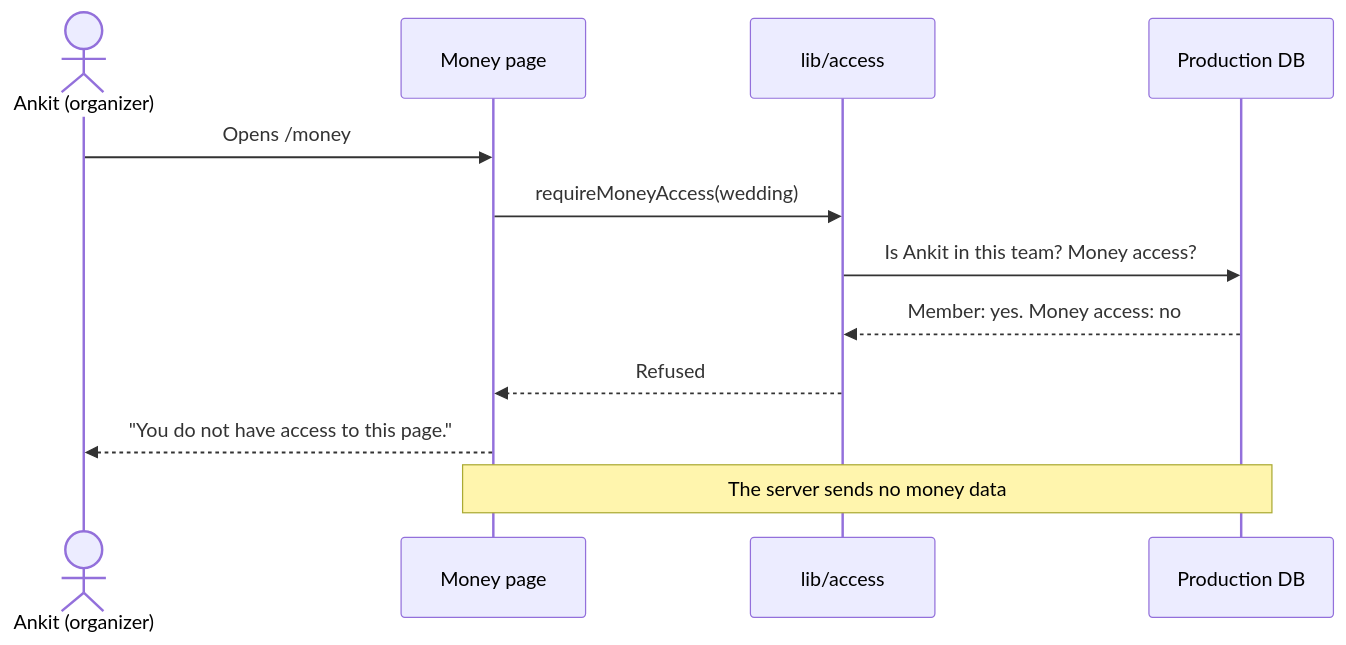
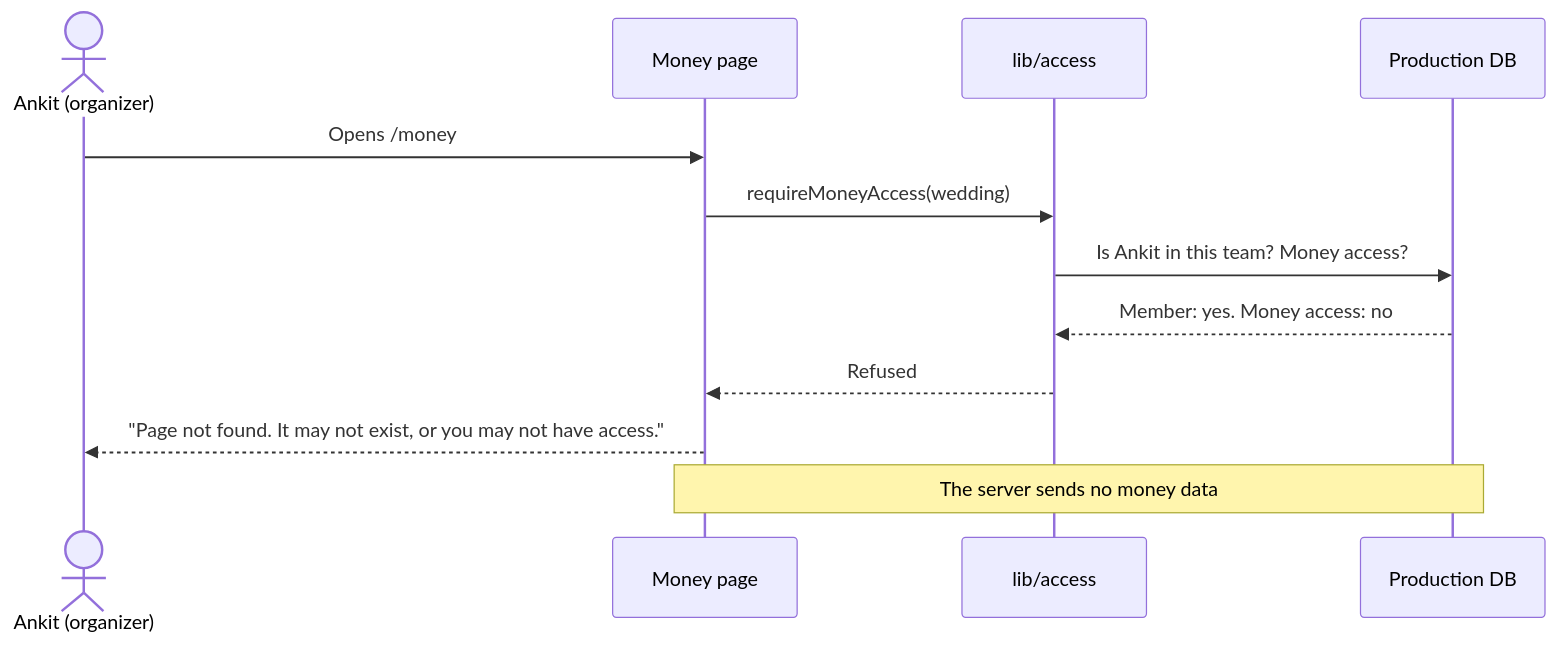
One commit to chanchal2003/Wedding-Planer- changed the third of 5 diagrams in docs/architecture/2026-10-24-shaadidesk-architecture.md. Above: the diagram before and after it, drawn with Mermaid. The commit also changed 3 other files, not shown here.

First line of the commit message:
docs: mark steps 4.2 and 4.3 done and record the not-found decision

````diff
--- a/docs/architecture/2026-10-24-shaadidesk-architecture.md
+++ b/docs/architecture/2026-10-24-shaadidesk-architecture.md
@@ -115,15 +115,15 @@
 ```mermaid
 sequenceDiagram
   actor K as Ankit (organizer)
   participant P as Money page
   participant A as lib/access
   participant D as Production DB
 
   K->>P: Opens /money
   P->>A: requireMoneyAccess(wedding)
   A->>D: Is Ankit in this team? Money access?
   D-->>A: Member: yes. Money access: no
   A-->>P: Refused
-  P-->>K: "You do not have access to this page."
+  P-->>K: "Page not found. It may not exist, or you may not have access."
   Note over P,D: The server sends no money data
 ```
````
